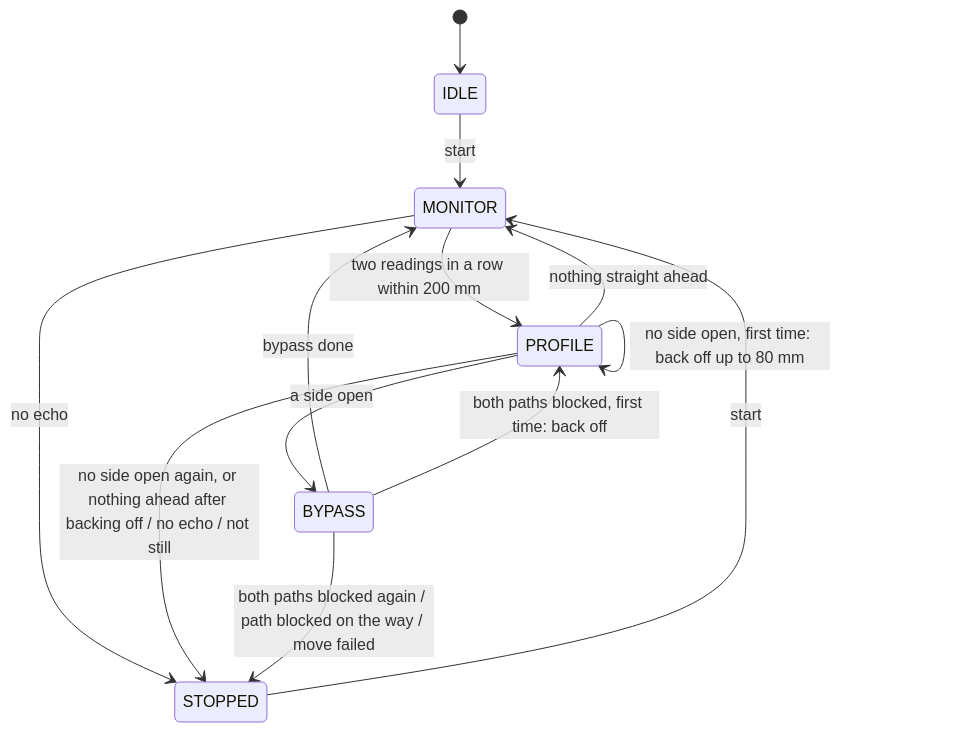
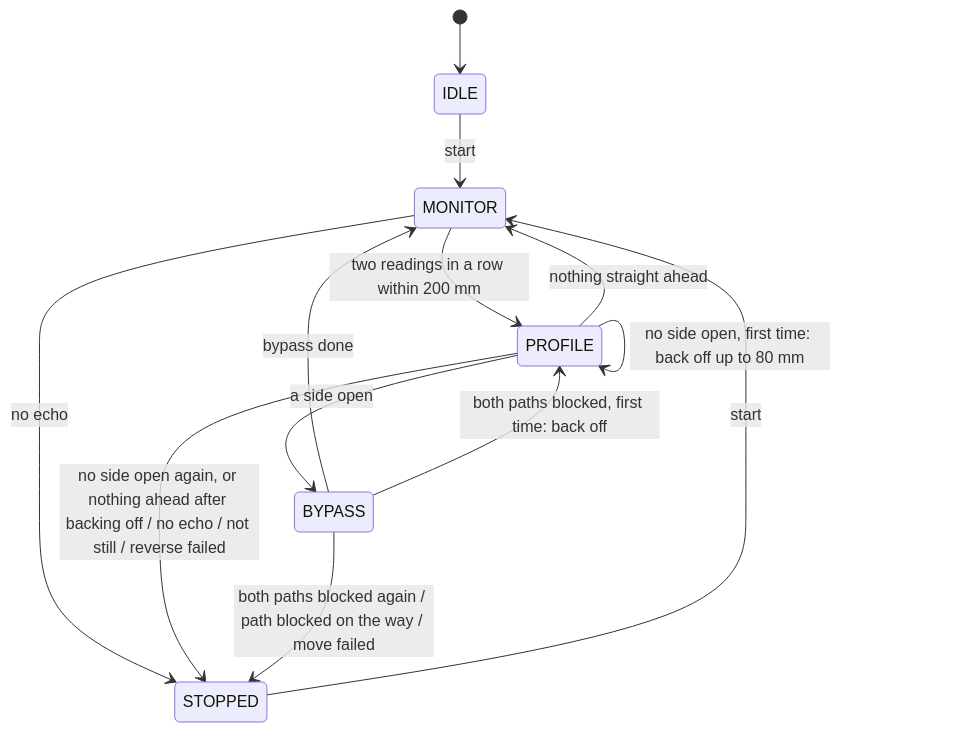
Before and after one commit to 10x-Slackers/INF2004: the fourth of 5 diagrams in docs/ARCHITECTURE.md, drawn with Mermaid. The commit also changed 5 other files, not shown here.

````diff
--- a/docs/ARCHITECTURE.md
+++ b/docs/ARCHITECTURE.md
@@ -194,15 +194,15 @@
 ```mermaid
 stateDiagram-v2
     [*] --> IDLE
     IDLE --> MONITOR: start
     MONITOR --> PROFILE: two readings in a row within 200 mm
     MONITOR --> STOPPED: no echo
     PROFILE --> MONITOR: nothing straight ahead
     PROFILE --> BYPASS: a side open
     PROFILE --> PROFILE: no side open, first time: back off up to 80 mm
-    PROFILE --> STOPPED: no side open again, or nothing ahead after backing off / no echo / not still
+    PROFILE --> STOPPED: no side open again, or nothing ahead after backing off / no echo / not still / reverse failed
     BYPASS --> MONITOR: bypass done
     BYPASS --> PROFILE: both paths blocked, first time: back off
     BYPASS --> STOPPED: both paths blocked again / path blocked on the way / move failed
     STOPPED --> MONITOR: start
 ```
````
